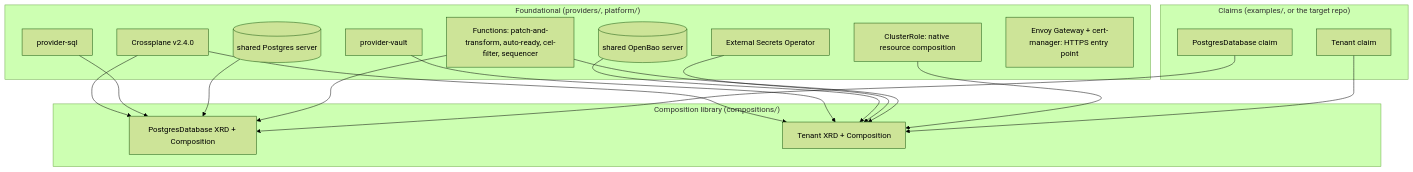
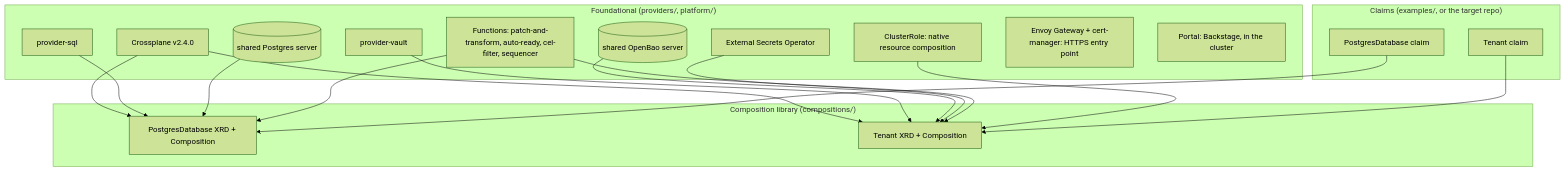
One commit to idPlatformKit/Orchestrator changed the second of 2 diagrams in docs/architecture.md. Above: the diagram before and after it, drawn with Mermaid (forest theme). The commit also changed other lines of this file and 3 other files, not shown here.

Commit message:
docs: install on your own GitHub org, and the in-cluster portal

````diff
--- a/docs/architecture.md
+++ b/docs/architecture.md
@@ -30,34 +30,35 @@
 ```mermaid
 flowchart TB
     subgraph L1["Foundational (providers/, platform/)"]
         CP[Crossplane v2.4.0]
         PSQL[provider-sql]
         PVAULT[provider-vault]
         FN[Functions: patch-and-transform, auto-ready, cel-filter, sequencer]
         RBAC[ClusterRole: native resource composition]
         PG[(shared Postgres server)]
         OB[(shared OpenBao server)]
         ESO[External Secrets Operator]
         GW[Envoy Gateway + cert-manager: HTTPS entry point]
+        PORTAL[Portal: Backstage, in the cluster]
     end
     subgraph L2["Composition library (compositions/)"]
         XRD1[PostgresDatabase XRD + Composition]
         XRD2[Tenant XRD + Composition]
     end
     subgraph L3["Claims (examples/, or the target repo)"]
         C1[PostgresDatabase claim]
         C2[Tenant claim]
     end
     CP --> XRD1
     CP --> XRD2
     PSQL --> XRD1
     PG --> XRD1
     PVAULT --> XRD2
     OB --> XRD2
     ESO --> XRD2
     FN --> XRD1
     FN --> XRD2
     RBAC --> XRD2
     C1 --> XRD1
     C2 --> XRD2
 ```
````
